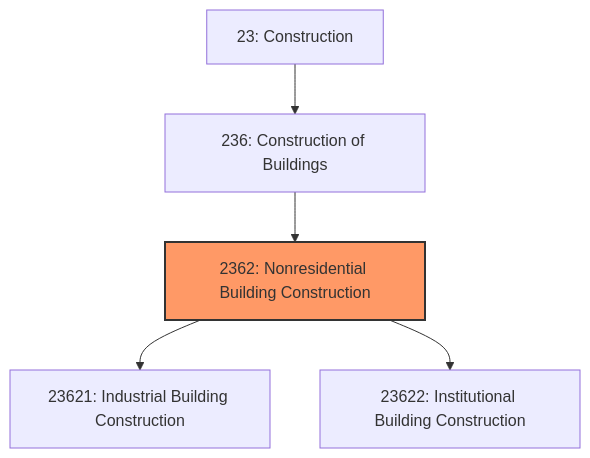
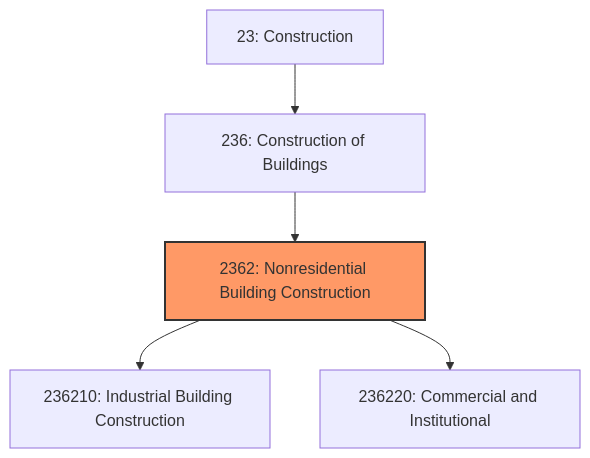
Before and after one commit to kziemski/business.org.ai: the first of 3 diagrams in industries/Construction/ConstructionOfBuildings/NonresidentialBuildingConstruction/index.mdx, drawn with Mermaid. The commit also changed other lines of this file and 67 other files, not shown here.

````diff
--- a/industries/Construction/ConstructionOfBuildings/NonresidentialBuildingConstruction/index.mdx
+++ b/industries/Construction/ConstructionOfBuildings/NonresidentialBuildingConstruction/index.mdx
@@ -22,9 +35,9 @@
 ```mermaid
 graph TD
     S23["23: Construction"]
     S23 --> N236["236: Construction of Buildings"]
     N236 --> N2362["2362: Nonresidential Building Construction"]
     style N2362 fill:#f96,stroke:#333,stroke-width:2px
-    N2362 --> N23621["23621: Industrial Building Construction"]
-    N2362 --> N23622["23622: Institutional Building Construction"]
+    N2362 --> N23621["236210: Industrial Building Construction"]
+    N2362 --> N23622["236220: Commercial and Institutional"]
 ```
````
